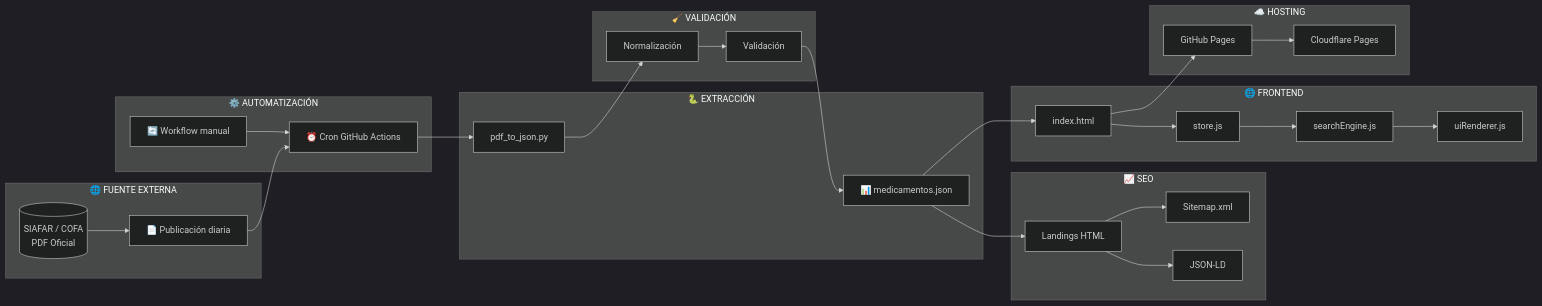
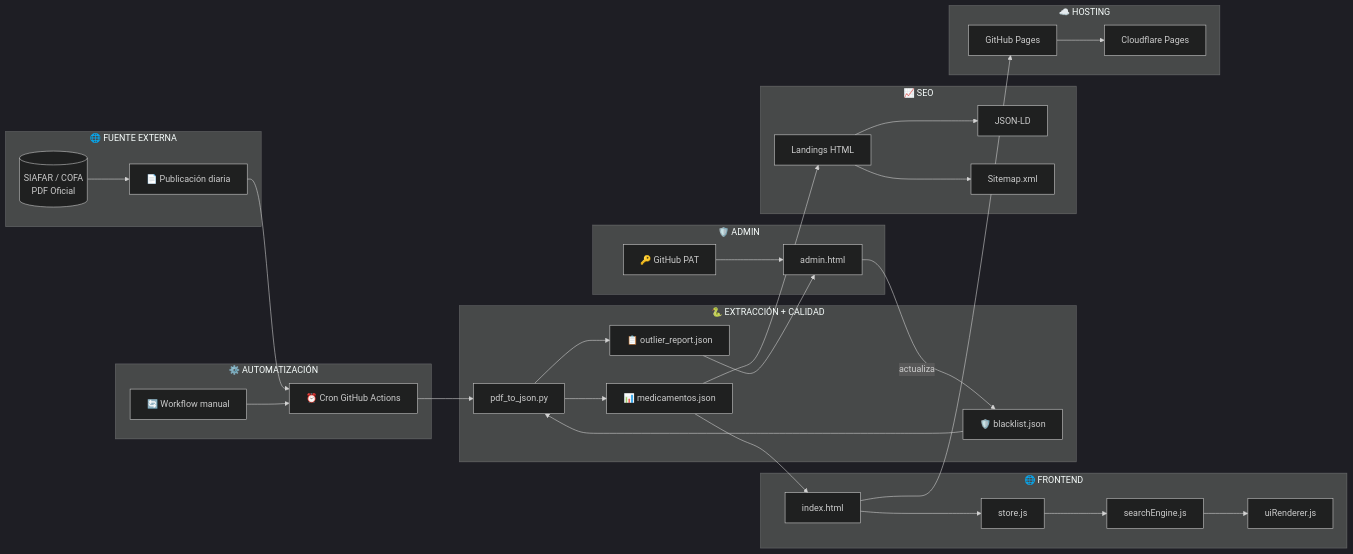
One commit to psbella/remediar changed the seventh of 10 diagrams in README.md. Above: the diagram before and after it, drawn with Mermaid (dark theme). The commit also changed other lines of this file, not shown here.

````diff
--- a/README.md
+++ b/README.md
@@ -481,58 +750,58 @@
 ```mermaid
 flowchart LR
 
     subgraph ONE["🌐 FUENTE EXTERNA"]
-        A[("SIAFAR / COFA<br>PDF Oficial")]
+        A[("SIAFAR / COFA\nPDF Oficial")]
         B["📄 Publicación diaria"]
     end
 
     subgraph TWO["⚙️ AUTOMATIZACIÓN"]
         C["⏰ Cron GitHub Actions"]
         D["🔄 Workflow manual"]
     end
 
-    subgraph THREE["🐍 EXTRACCIÓN"]
+    subgraph THREE["🐍 EXTRACCIÓN + CALIDAD"]
         E["pdf_to_json.py"]
+        BL["🛡️ blacklist.json"]
+        OR["📋 outlier_report.json"]
         F["📊 medicamentos.json"]
     end
 
-    subgraph FOUR["🧹 VALIDACIÓN"]
-        G["Normalización"]
-        H["Validación"]
+    subgraph FOUR["🛡️ ADMIN"]
+        ADM["admin.html"]
+        PAT["🔑 GitHub PAT"]
     end
 
     subgraph FIVE["🌐 FRONTEND"]
         I["index.html"]
         J["store.js"]
         K["searchEngine.js"]
         L["uiRenderer.js"]
     end
 
     subgraph SIX["📈 SEO"]
         M["Landings HTML"]
         N["JSON-LD"]
         O["Sitemap.xml"]
     end
 
     subgraph SEVEN["☁️ HOSTING"]
         P["GitHub Pages"]
         Q["Cloudflare Pages"]
     end
 
-    A --> B
-    B --> C
+    A --> B --> C
     D --> C
     C --> E
-    E --> G
-    G --> H
-    H --> F
+    BL --> E
+    E --> OR
+    E --> F
+    OR --> ADM
+    PAT --> ADM
+    ADM -->|actualiza| BL
     F --> M
     F --> I
-    I --> J
-    J --> K
-    K --> L
-    M --> N
-    M --> O
-    I --> P
-    P --> Q
+    I --> J --> K --> L
+    M --> N & O
+    I --> P --> Q
 ```
````
